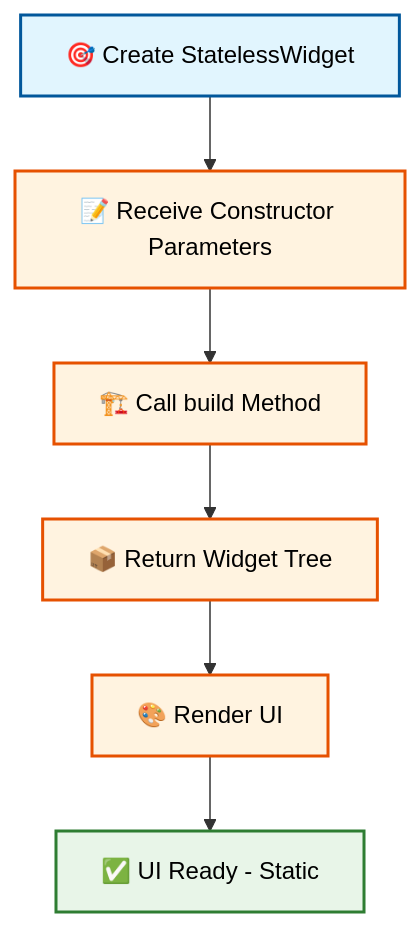
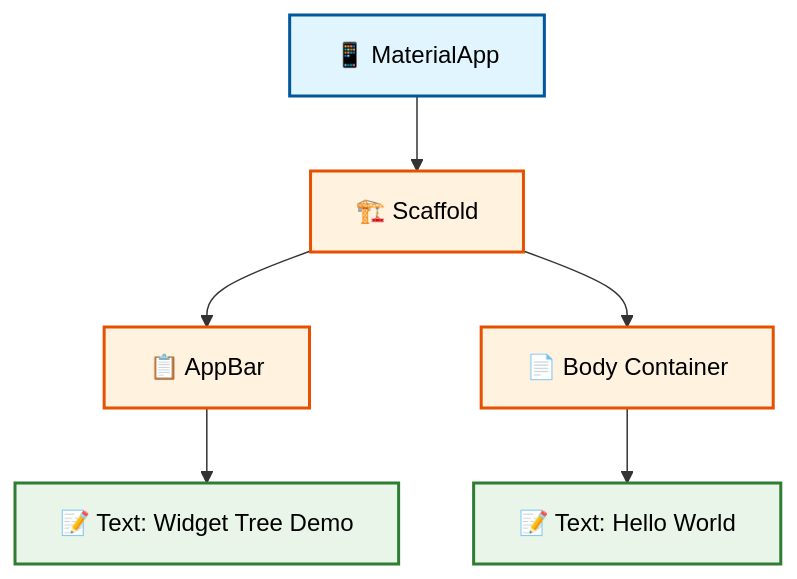
Before and after one commit to antonprafanto/flutter: the first of 5 diagrams in pertemuan3.md, drawn with Mermaid. The commit also changed other lines of this file, not shown here.

````diff
--- a/pertemuan3.md
+++ b/pertemuan3.md
@@ -316,15 +73,15 @@
 ```mermaid
 flowchart TD
-    A[🎯 Create StatelessWidget] --> B[📝 Receive Constructor Parameters]
-    B --> C[🏗️ Call build Method]
-    C --> D[📦 Return Widget Tree]
-    D --> E[🎨 Render UI]
-    E --> F[✅ UI Ready - Static]
+    A[📱 MaterialApp] --> B[🏗️ Scaffold]
+    B --> C[📋 AppBar]
+    B --> D[📄 Body Container]
+    C --> E[📝 Text: Widget Tree Demo]
+    D --> F[📝 Text: Hello World]
     
     style A fill:#e1f5fe,stroke:#01579b,stroke-width:2px,color:#000
     style B fill:#fff3e0,stroke:#e65100,stroke-width:2px,color:#000
     style C fill:#fff3e0,stroke:#e65100,stroke-width:2px,color:#000
     style D fill:#fff3e0,stroke:#e65100,stroke-width:2px,color:#000
-    style E fill:#fff3e0,stroke:#e65100,stroke-width:2px,color:#000
+    style E fill:#e8f5e8,stroke:#2e7d32,stroke-width:2px,color:#000
     style F fill:#e8f5e8,stroke:#2e7d32,stroke-width:2px,color:#000
 ```
````
